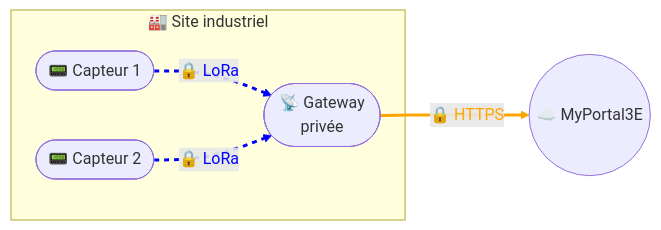
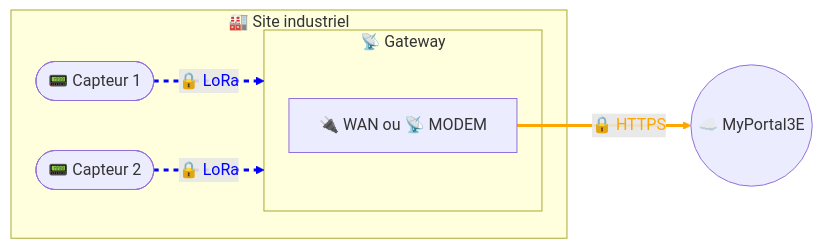
One commit to JohannPx/network-architectures changed the diagram in docs/data/Collecte de données - Solution LoRaWAN privé.md. Above: the diagram before and after it, drawn with Mermaid. The commit also changed 8 other files, not shown here.

````diff
--- a/docs/data/Collecte de données - Solution LoRaWAN privé.md
+++ b/docs/data/Collecte de données - Solution LoRaWAN privé.md
@@ -5,15 +5,18 @@
 ```mermaid
 flowchart LR
 
     subgraph site [🏭 Site industriel]
-        sensor1([📟 Capteur 1]) == 🔒 LoRa ==> gw([📡 Gateway
-        privée])
+        
+        subgraph gw [📡 Gateway]
+            gwWan[🔌 WAN ou 📡 MODEM]
+        end
+        sensor1([📟 Capteur 1]) == 🔒 LoRa ==> gw
         sensor2([📟 Capteur 2]) == 🔒 LoRa ==> gw
     end
 
-    gw == 🔒 HTTPS ==> myportal3e((☁️ MyPortal3E))
+    gwWan == 🔒 HTTPS ==> myportal3e((☁️ MyPortal3E))
 
     linkStyle 0 stroke:blue,stroke-width:3px,stroke-dasharray: 5 5 ,color:blue;
     linkStyle 1 stroke:blue,stroke-width:3px,stroke-dasharray: 5 5 ,color:blue;
     linkStyle 2 stroke:orange,stroke-width:3px,color:orange;
 ```
````
